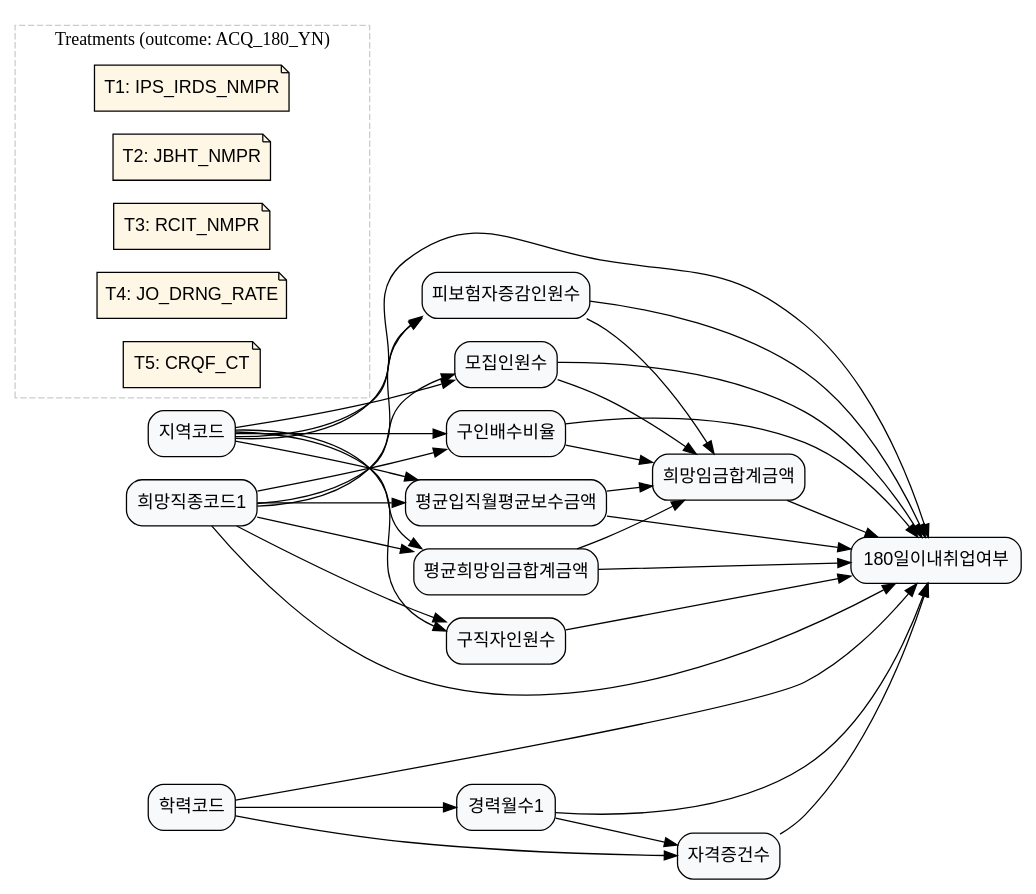
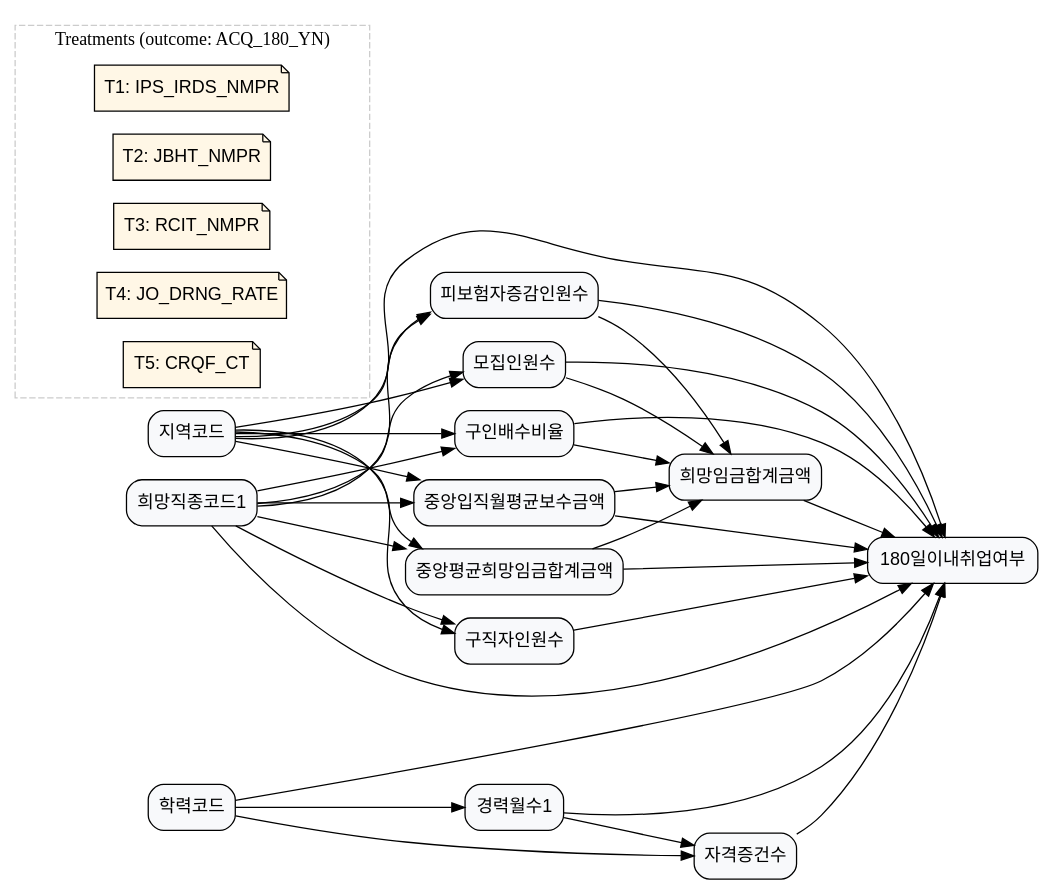
The diagram in laborlab/data/graph_data/graph_10.dot (KU-LIM-Lab/dowhy-deep), drawn with Graphviz before and after one commit. The commit also changed 21 other files, not shown here.

```diff
--- a/laborlab/data/graph_data/graph_10.dot
+++ b/laborlab/data/graph_data/graph_10.dot
@@ -1,112 +1,112 @@
 digraph {
     rankdir=LR;
     node [shape=box, style="rounded,filled", fillcolor="#F8F9FB", fontname="Helvetica"];
 
     ACQ_180_YN       [label="180일이내취업여부"];
 
     IPS_IRDS_NMPR    [label="피보험자증감인원수"];
     JBHT_NMPR        [label="구직자인원수"];
     RCIT_NMPR        [label="모집인원수"];
     JO_DRNG_RATE     [label="구인배수비율"];
-    AVG_OTIO_MYAV_RMNT_AMT [label="평균입직월평균보수금액"];
-    AVG_HOPE_WAGE_SM_AMT   [label="평균희망임금합계금액"];
+    NTR_OTIO_MYAV_RMNT_AMT [label="중앙입직월평균보수금액"];
+    NTR_HOPE_WAGE_SM_AMT   [label="중앙평균희망임금합계금액"];
     CRQF_CT          [label="자격증건수"];
 
     AREA_CD          [label="지역코드"];
     HOPE_JSCD1       [label="희망직종코드1"];
     HOPE_WAGE_SM_AMT [label="희망임금합계금액"];
     ACCR_CD          [label="학력코드"];
     CARR_MYCT1       [label="경력월수1"];
 
     // 인과관계
     AREA_CD    -> IPS_IRDS_NMPR;
     AREA_CD    -> JBHT_NMPR;
     AREA_CD    -> RCIT_NMPR;
     AREA_CD    -> JO_DRNG_RATE;
-    AREA_CD    -> AVG_OTIO_MYAV_RMNT_AMT;
-    AREA_CD    -> AVG_HOPE_WAGE_SM_AMT;
+    AREA_CD    -> NTR_OTIO_MYAV_RMNT_AMT;
+    AREA_CD    -> NTR_HOPE_WAGE_SM_AMT;
 
     HOPE_JSCD1 -> IPS_IRDS_NMPR;
     HOPE_JSCD1 -> JBHT_NMPR;
     HOPE_JSCD1 -> RCIT_NMPR;
     HOPE_JSCD1 -> JO_DRNG_RATE;
-    HOPE_JSCD1 -> AVG_OTIO_MYAV_RMNT_AMT;
-    HOPE_JSCD1 -> AVG_HOPE_WAGE_SM_AMT;
+    HOPE_JSCD1 -> NTR_OTIO_MYAV_RMNT_AMT;
+    HOPE_JSCD1 -> NTR_HOPE_WAGE_SM_AMT;
 
     IPS_IRDS_NMPR      -> HOPE_WAGE_SM_AMT;
     RCIT_NMPR          -> HOPE_WAGE_SM_AMT;
     JO_DRNG_RATE       -> HOPE_WAGE_SM_AMT;
-    AVG_OTIO_MYAV_RMNT_AMT -> HOPE_WAGE_SM_AMT;
-    AVG_HOPE_WAGE_SM_AMT   -> HOPE_WAGE_SM_AMT;
+    NTR_OTIO_MYAV_RMNT_AMT -> HOPE_WAGE_SM_AMT;
+    NTR_HOPE_WAGE_SM_AMT   -> HOPE_WAGE_SM_AMT;
 
     ACCR_CD   -> CARR_MYCT1;
     ACCR_CD   -> CRQF_CT;
     CARR_MYCT1-> CRQF_CT;
 
     // 취업
     IPS_IRDS_NMPR    -> ACQ_180_YN;
     JBHT_NMPR        -> ACQ_180_YN;
     RCIT_NMPR        -> ACQ_180_YN;
     JO_DRNG_RATE     -> ACQ_180_YN;
-    AVG_OTIO_MYAV_RMNT_AMT -> ACQ_180_YN;
-    AVG_HOPE_WAGE_SM_AMT   -> ACQ_180_YN;
+    NTR_OTIO_MYAV_RMNT_AMT -> ACQ_180_YN;
+    NTR_HOPE_WAGE_SM_AMT   -> ACQ_180_YN;
     CRQF_CT          -> ACQ_180_YN;
     CARR_MYCT1       -> ACQ_180_YN;
     ACCR_CD          -> ACQ_180_YN;
     AREA_CD          -> ACQ_180_YN;
     HOPE_JSCD1       -> ACQ_180_YN;
     HOPE_WAGE_SM_AMT -> ACQ_180_YN;
 
     // Treatments
     subgraph cluster_treatments {
         label="Treatments (outcome: ACQ_180_YN)";
         style=dashed;
         color="#CCCCCC";
         node [shape=note, style="rounded,filled", fillcolor="#FFF7E6", fontname="Helvetica"];
 
         T1 [
             label="T1: IPS_IRDS_NMPR",
             role="treatment_meta",
             treatment_var="IPS_IRDS_NMPR",
             treatment_name="IPS_IRDS_NMPR",
             treatment_def="피보험자증감인원수 수준 차이의 효과",
             treatment_question="피보험자 증가가 많은 직종·지역과 적은 직종·지역의 구직자 6개월 내 취업 확률 차이?"
         ];
 
         T2 [
             label="T2: JBHT_NMPR",
             role="treatment_meta",
             treatment_var="JBHT_NMPR",
             treatment_name="JBHT_NMPR",
             treatment_def="구직자인원수 수준 차이의 효과",
             treatment_question="구직자가 많은 시장과 적은 시장에서 구직하는 사람의 6개월 내 취업 확률 차이?"
         ];
 
         T3 [
             label="T3: RCIT_NMPR",
             role="treatment_meta",
             treatment_var="RCIT_NMPR",
             treatment_name="RCIT_NMPR",
             treatment_def="모집인원수 수준 차이의 효과",
             treatment_question="모집인원이 많은 직종·지역과 적은 직종·지역의 구직자 6개월 내 취업 확률 차이?"
         ];
 
         T4 [
             label="T4: JO_DRNG_RATE",
             role="treatment_meta",
             treatment_var="JO_DRNG_RATE",
             treatment_name="JO_DRNG_RATE",
             treatment_def="구인배수비율 수준 차이의 효과",
             treatment_question="구인배수비율이 높은 시장과 낮은 시장의 구직자 6개월 내 취업 확률 차이?"
         ];
 
         T5 [
             label="T5: CRQF_CT",
             role="treatment_meta",
             treatment_var="CRQF_CT",
             treatment_name="CRQF_CT",
             treatment_def="자격증건수 수준 차이의 효과",
             treatment_question="자격증을 많이 보유한 사람과 적게 보유한 사람의 6개월 내 취업 확률 차이?"
         ];
     }
 }
```
